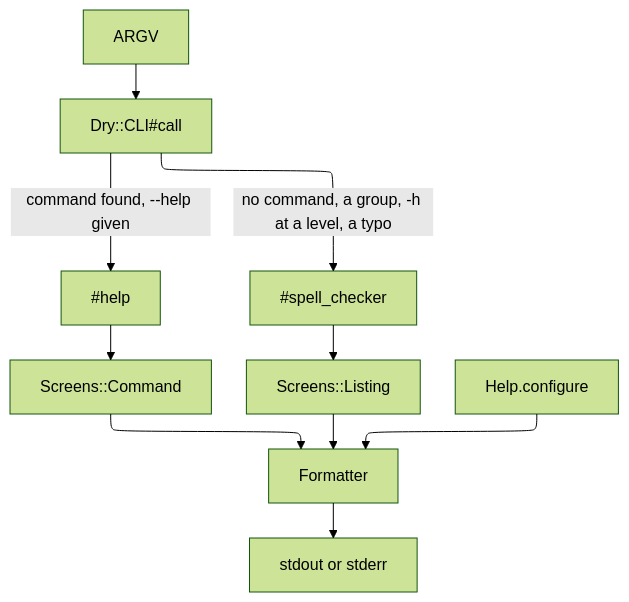
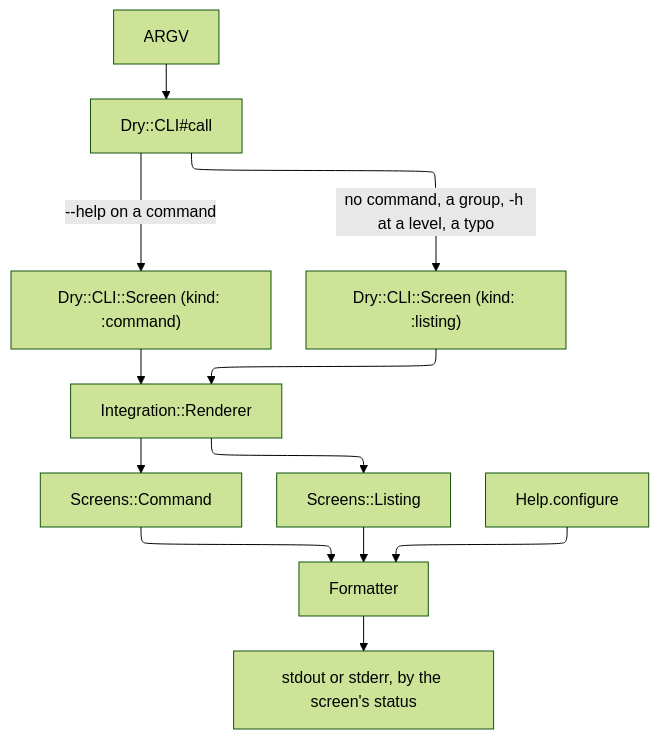
Before and after one commit to kigster/dry-cli-help: the diagram in README.md, drawn with Mermaid. The commit also changed other lines of this file and 18 other files, not shown here.

First line of the commit message:
Render help through dry-cli's public help hooks

````diff
--- a/README.md
+++ b/README.md
@@ -425,22 +426,25 @@
 ```mermaid
 ---
 config:
   layout: elk
   theme: forest
 ---
 flowchart TB
     argv["ARGV"] --> cli_call["Dry::CLI#call"]
 
-    cli_call -->|"command found, --help given"| help_method["#help"]
-    cli_call -->|"no command, a group, -h at a level, a typo"| spell_checker["#spell_checker"]
+    cli_call -->|"--help on a command"| command_screen_in["Dry::CLI::Screen (kind: :command)"]
+    cli_call -->|"no command, a group, -h at a level, a typo"| listing_screen_in["Dry::CLI::Screen (kind: :listing)"]
 
-    help_method --> command_screen["Screens::Command"]
-    spell_checker --> listing_screen["Screens::Listing"]
+    command_screen_in --> renderer["Integration::Renderer"]
+    listing_screen_in --> renderer
+
+    renderer --> command_screen["Screens::Command"]
+    renderer --> listing_screen["Screens::Listing"]
 
     command_screen --> formatter["Formatter"]
     listing_screen --> formatter
 
     help_config["Help.configure"] --> formatter
 
-    formatter --> output["stdout or stderr"]
+    formatter --> output["stdout or stderr, by the screen's status"]
 ```
````
